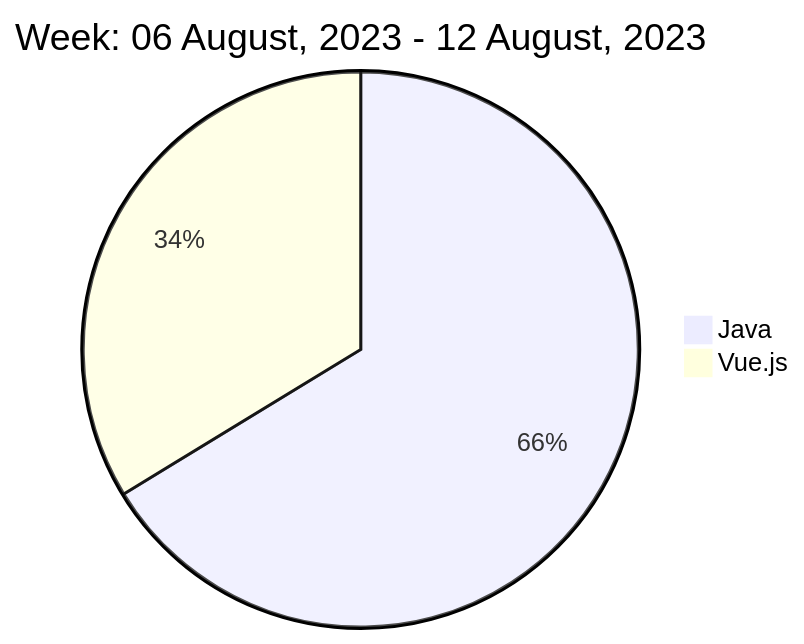
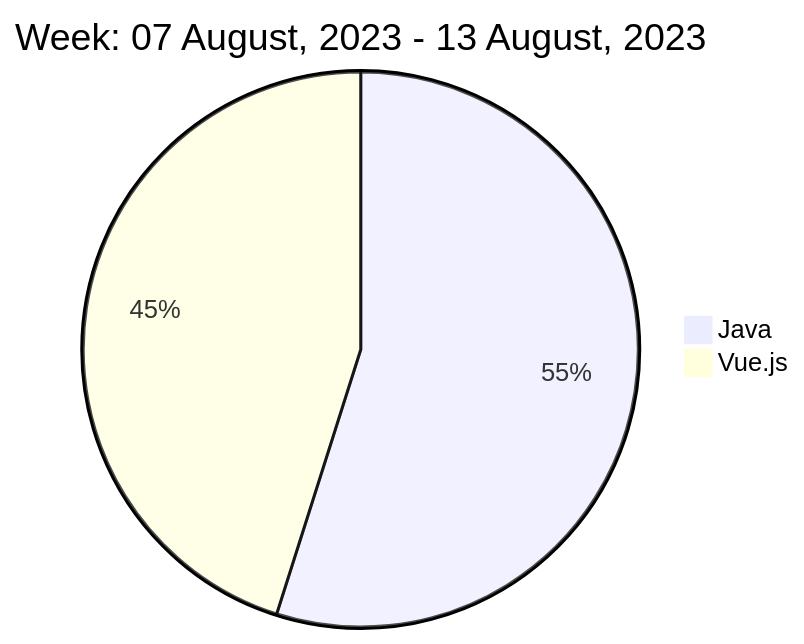
One commit to liubin95/liubin95 changed the diagram in README.md. Above: the diagram before and after it, drawn with Mermaid.

Commit message:
Updated the Graph with new Metrics

````diff
--- a/README.md
+++ b/README.md
@@ -40,6 +40,6 @@
 ```mermaid
  pie
-title Week: 06 August, 2023 - 12 August, 2023
- "Java" : 5.27
- "Vue.js" : 2.68
+title Week: 07 August, 2023 - 13 August, 2023
+ "Java" : 3.25
+ "Vue.js" : 2.67
 ```
````
